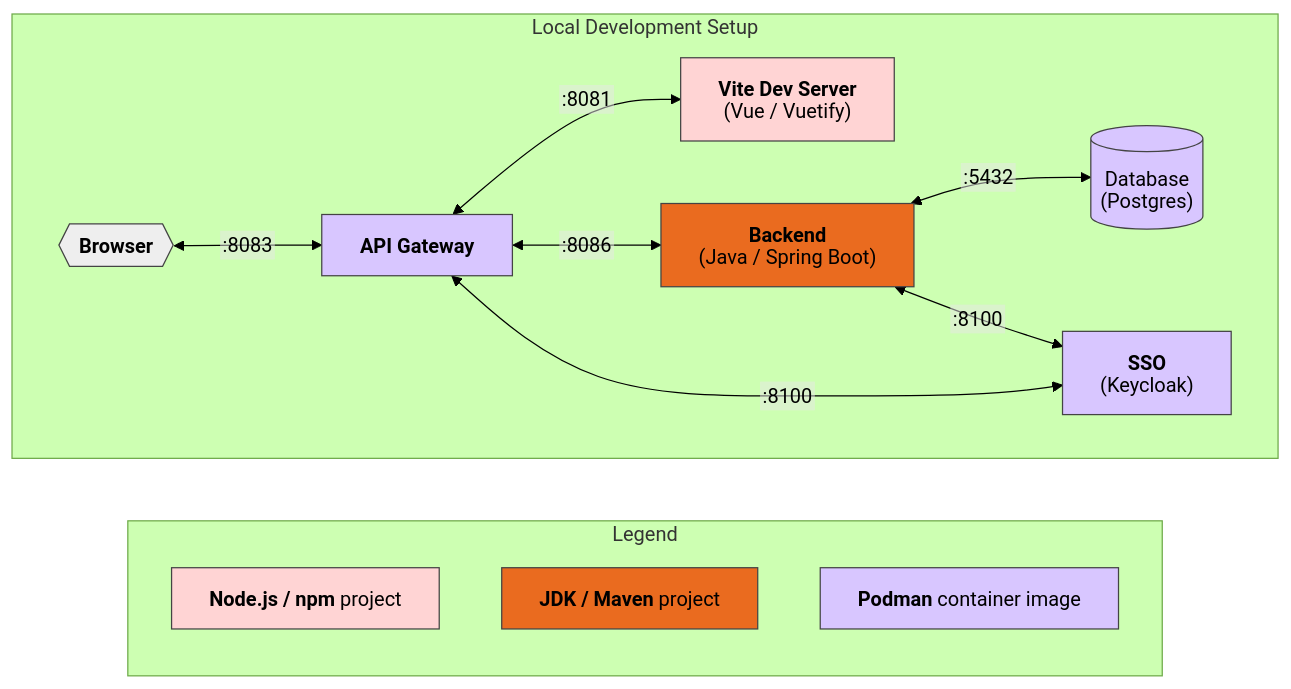
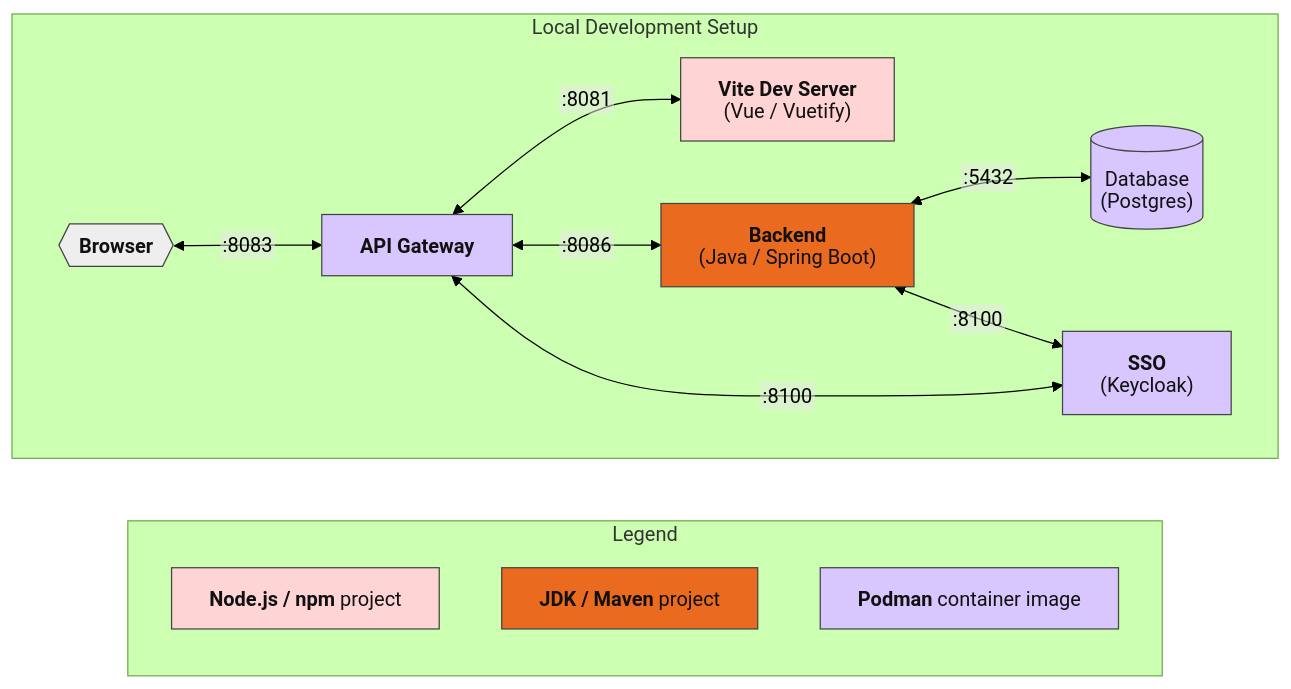
Before and after one commit to it-at-m/refarch: the diagram in docs/templates/develop.md, drawn with Mermaid (forest theme).

Commit message:
:bug: Fix dark mode visiblity of node text

````diff
--- a/docs/templates/develop.md
+++ b/docs/templates/develop.md
@@ -15,52 +15,52 @@
 ```mermaid
 ---
 config:
   htmlLabels: false
 ---
 flowchart LR
-    classDef browser fill:#eeeeee,stroke:#444;
-    classDef pod fill:#d8c6ff,stroke:#444;
-    classDef maven fill:#ea6b1f,stroke:#444;
-    classDef npm fill:#ffd4d4,stroke:#444;
+    classDef browser fill:#eeeeee,stroke:#444,color:#111;
+    classDef pod fill:#d8c6ff,stroke:#444,color:#111;
+    classDef maven fill:#ea6b1f,stroke:#444,color:#111;
+    classDef npm fill:#ffd4d4,stroke:#444,color:#111;
 
     subgraph Legend
         NODE["`**Node.js / npm**`" project]
         MAVEN["`**JDK / Maven**`" project]
         POD["`**Podman**`" container image]
 
         class NODE npm;
         class MAVEN maven;
         class POD pod;
     end
 
     subgraph Local Development Setup
         direction LR
         B{{"`**Browser**`"}}
         AG["`**API Gateway**`"]
         FE["`**Vite Dev Server**<br/> (Vue / Vuetify)`"]
         BE["`**Backend**<br/> (Java / Spring Boot)`"]
         DB@{ shape: db, label: Database<br/> (Postgres)}
         KC["`**SSO**<br/> (Keycloak)`"]
 
         %% Main application flow
         B <-- :8083 --> AG
         AG <-- :8081 --> FE
         AG <-- :8086 --> BE
         BE <-- :5432 --> DB
 
         %% Authentication
         AG <-- :8100 --> KC
         BE <-- :8100 --> KC
 
         class B browser;
         class AG,KC,DB pod;
         class BE maven;
         class FE npm;
 
         click AG "../gateway"
         click FE "./develop#vite"
         click BE "./develop#maven"
         click DB "https://www.postgresql.org/"
         click KC "https://www.keycloak.org/"
     end
 ```
````
